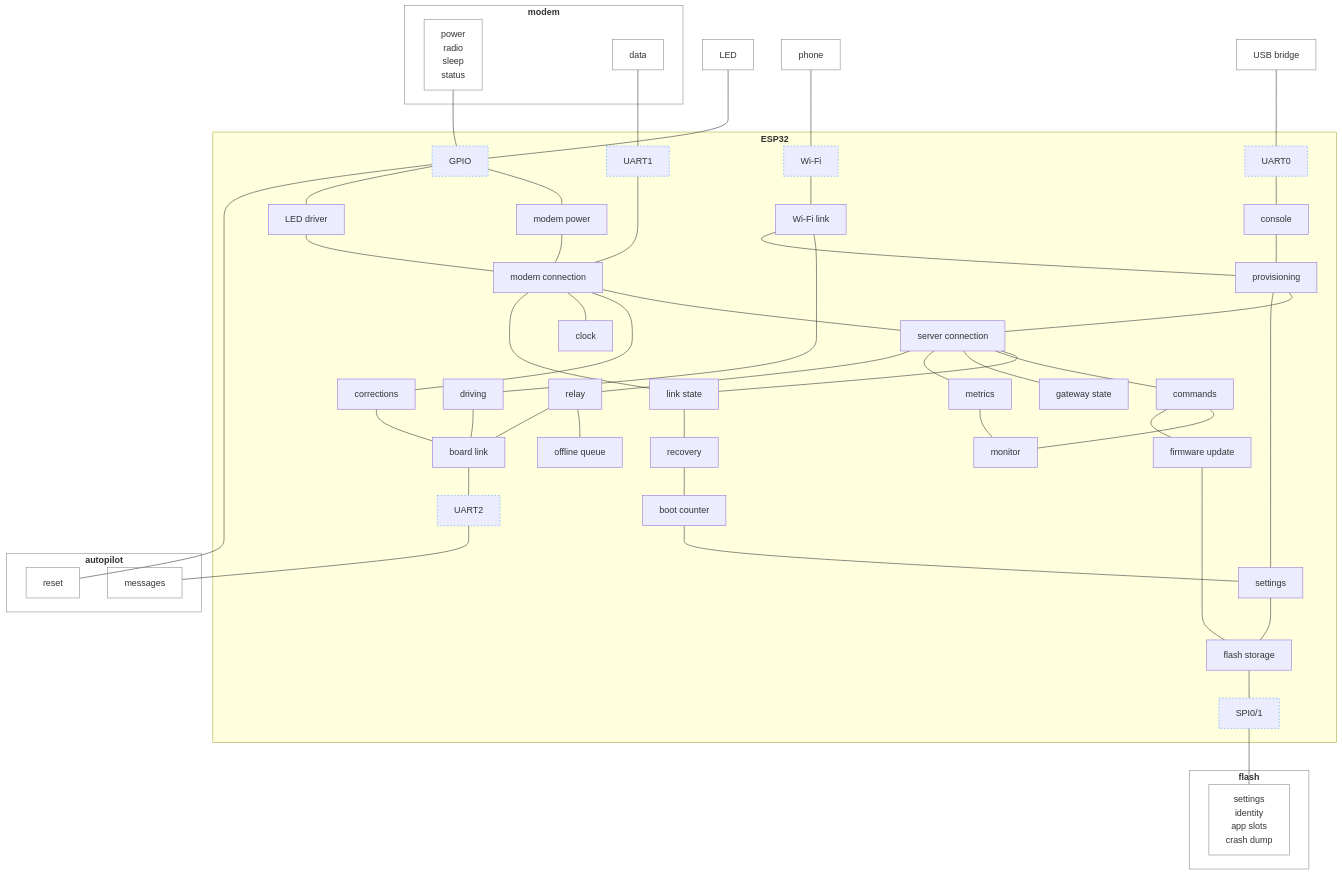
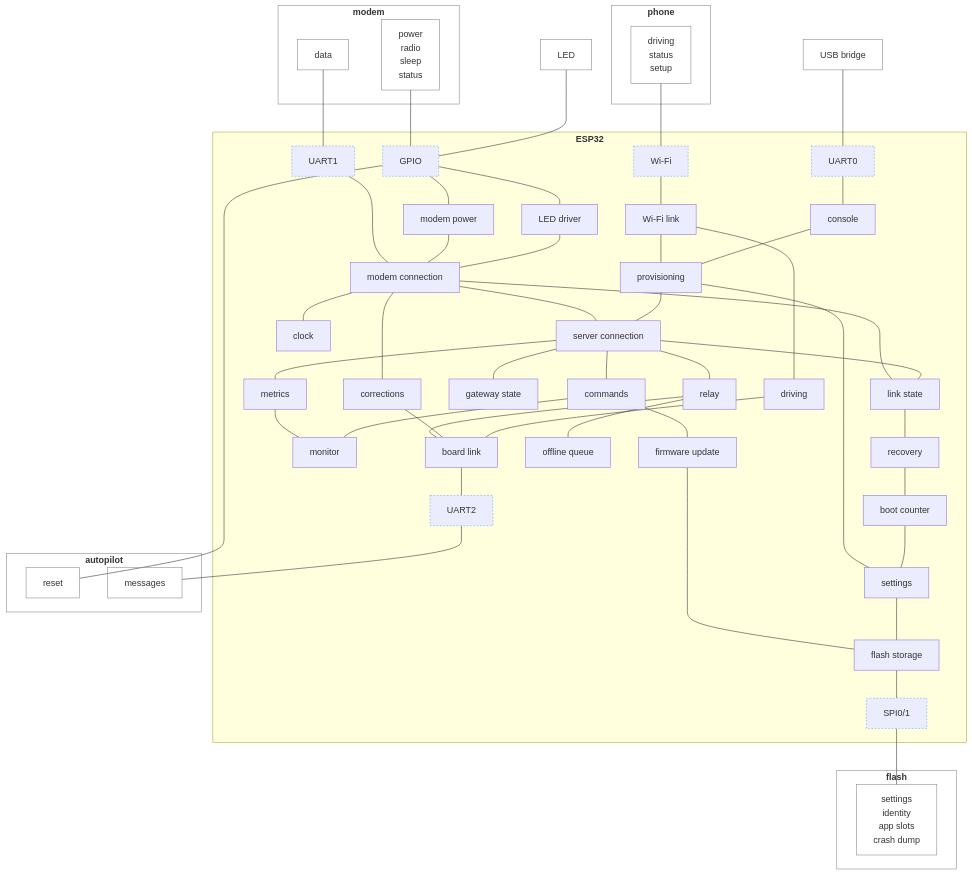
One commit to rmx-lt/rmx-mower-gateway changed the diagram in .esp-architecture/diagrams/block-draft.md. Above: the diagram before and after it, drawn with Mermaid.

Commit message:
Draft: phone parts

````diff
--- a/.esp-architecture/diagrams/block-draft.md
+++ b/.esp-architecture/diagrams/block-draft.md
@@ -9,7 +9,9 @@
     mdata["data"]
   end
   led["LED"]
-  ph["phone"]
+  subgraph ph["<b>phone</b>"]
+    pparts["driving<br/>status<br/>setup"]
+  end
   usb["USB bridge"]
   subgraph cpu["<b>ESP32</b>"]
     u1["UART1"]
@@ -54,7 +56,7 @@
   led --- gp
   gp --- pwr --- conn
   gp --- ledd --- conn
-  ph --- wf --- wl
+  pparts --- wf --- wl
   usb --- u0 --- con
   wl --- drive
   wl --- prov
@@ -88,5 +90,5 @@
   classDef bus stroke:#58a6ff,stroke-dasharray:3 3
   class u1,gp,u2,wf,u0,sp bus
   classDef device fill:none,stroke:#888
-  class modem,mdata,mctl,led,ap,amsg,areset,ph,usb,fl,fparts device
+  class modem,mdata,mctl,led,ap,amsg,areset,ph,pparts,usb,fl,fparts device
 ```
````
